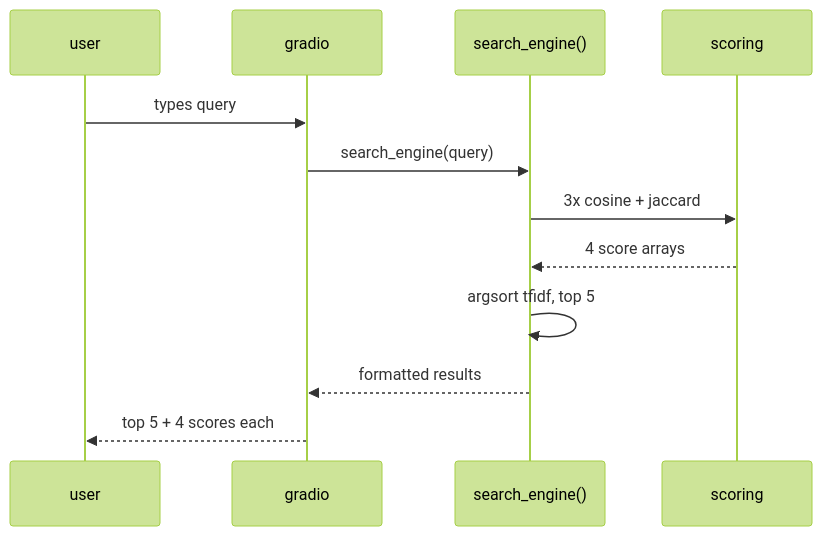
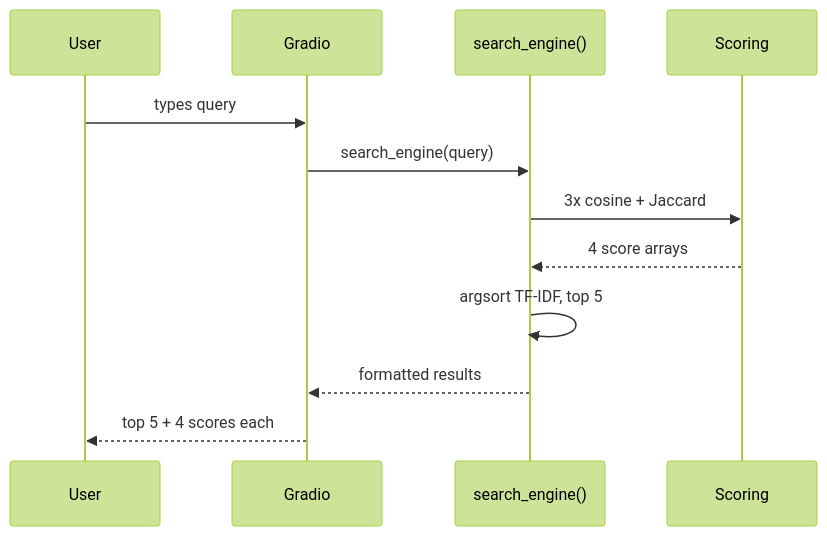
One commit to hammad8622/goodreads-search-engine changed the third of 3 diagrams in README.md. Above: the diagram before and after it, drawn with Mermaid (forest theme). The commit also changed other lines of this file and 4 other files, not shown here.

````diff
--- a/README.md
+++ b/README.md
@@ -141,14 +146,14 @@
 ```mermaid
 sequenceDiagram
-    participant U as user
-    participant G as gradio
+    participant U as User
+    participant G as Gradio
     participant F as search_engine()
-    participant S as scoring
+    participant S as Scoring
     U->>G: types query
     G->>F: search_engine(query)
-    F->>S: 3x cosine + jaccard
+    F->>S: 3x cosine + Jaccard
     S-->>F: 4 score arrays
-    F->>F: argsort tfidf, top 5
+    F->>F: argsort TF-IDF, top 5
     F-->>G: formatted results
     G-->>U: top 5 + 4 scores each
 ```
````
